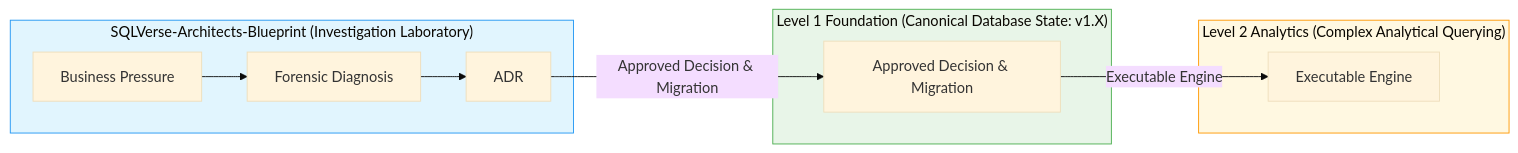
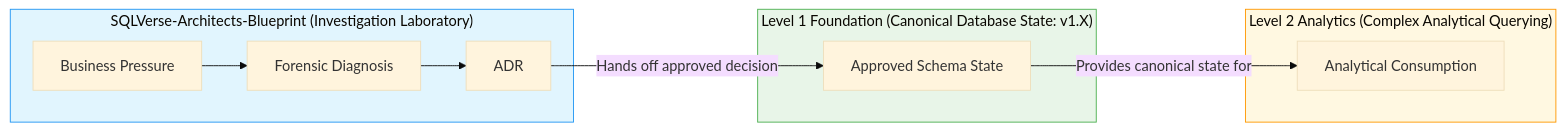
Before and after one commit to uniqueumamaheswari-universe/SQLVerse: the diagram in Level-1-beginner/Module5-GenAI-Walkthrough/01-The-Socratic-Mirror/ACQUIRE-MODULE4/SQLVerse-Architects-Blueprint/00-CHARTER/BLUEPRINT_CHARTER.md, drawn with Mermaid (base theme). The commit also changed other lines of this file, not shown here.

````diff
--- a/Level-1-beginner/Module5-GenAI-Walkthrough/01-The-Socratic-Mirror/ACQUIRE-MODULE4/SQLVerse-Architects-Blueprint/00-CHARTER/BLUEPRINT_CHARTER.md
+++ b/Level-1-beginner/Module5-GenAI-Walkthrough/01-The-Socratic-Mirror/ACQUIRE-MODULE4/SQLVerse-Architects-Blueprint/00-CHARTER/BLUEPRINT_CHARTER.md
@@ -66,21 +80,21 @@
 ```mermaid
 flowchart LR
     subgraph BLUEPRINT["SQLVerse-Architects-Blueprint (Investigation Laboratory)"]
         A["Business Pressure"] --> B["Forensic Diagnosis"] --> C["ADR"]
     end
 
     subgraph FOUNDATION["Level 1 Foundation (Canonical Database State: v1.X)"]
-        D["Approved Decision & Migration"]
+        D["Approved Schema State"]
     end
 
     subgraph ANALYTICS["Level 2 Analytics (Complex Analytical Querying)"]
-        E["Executable Engine"]
+        E["Analytical Consumption"]
     end
 
-    C -->|"Approved Decision & Migration"| D
-    D -->|"Executable Engine"| E
+    C -->|"Hands off approved decision"| D
+    D -->|"Provides canonical state for"| E
 
     style BLUEPRINT fill:#e1f5fe,stroke:#2196f3
     style FOUNDATION fill:#e8f5e8,stroke:#4caf50
     style ANALYTICS fill:#fff8e1,stroke:#ff9800
 ```
````
